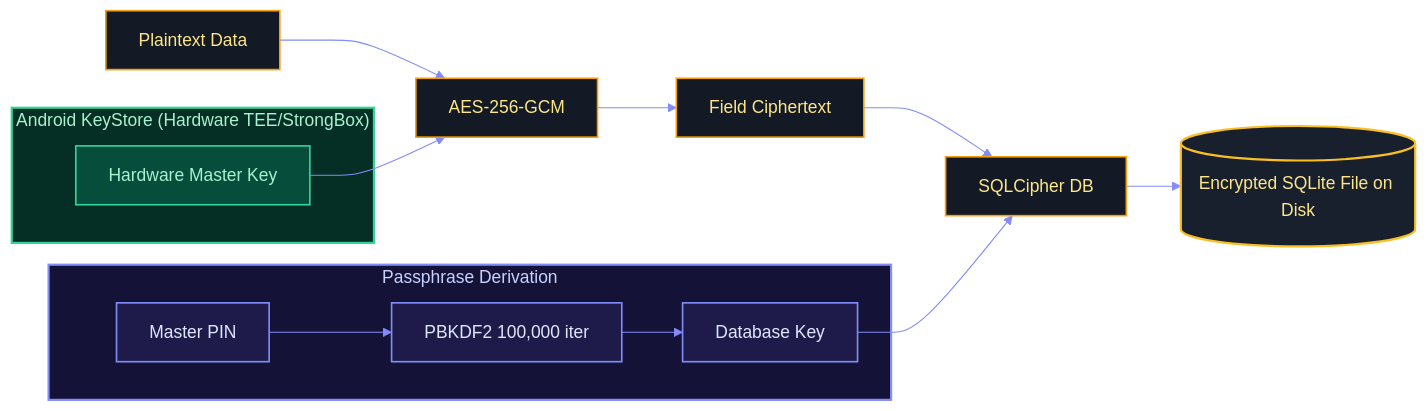
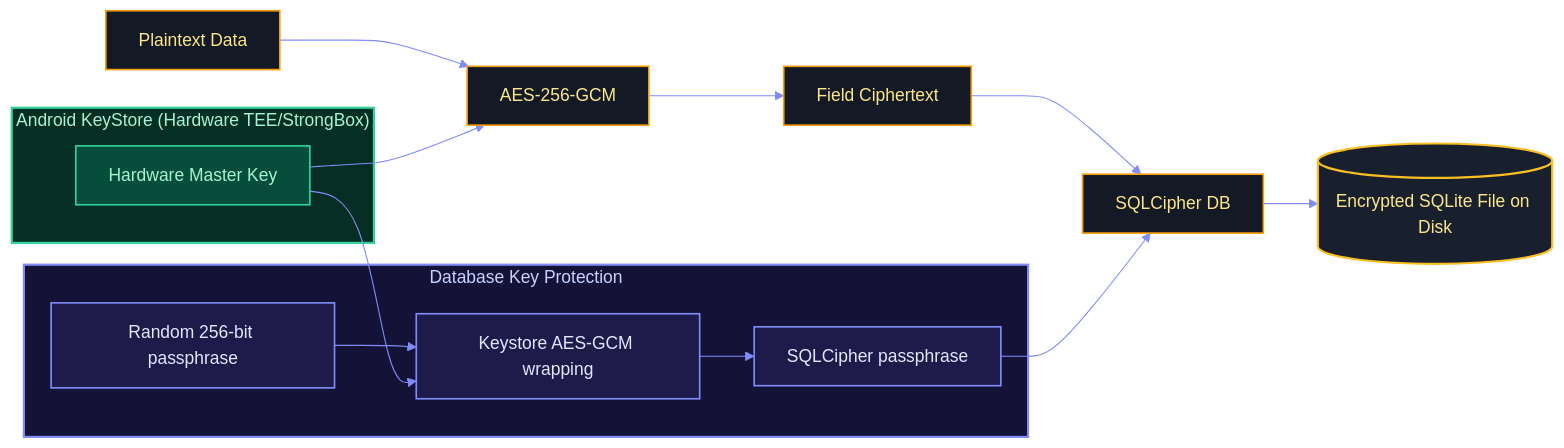
The first of 3 diagrams in docs/security.md (dwinsi/kunjika), drawn with Mermaid before and after one commit. The commit also changed other lines of this file and 39 other files, not shown here.

````diff
--- a/docs/security.md
+++ b/docs/security.md
@@ -17,44 +17,45 @@
 ```mermaid
 %%{init: {
   'theme': 'base',
   'themeVariables': {
     'darkMode': true,
     'background': '#07090E',
     'mainBkg': '#0F141C',
     'primaryColor': '#131A26',
     'primaryTextColor': '#F8FAFC',
     'primaryBorderColor': '#F59E0B',
     'lineColor': '#818CF8',
     'clusterBkg': '#0F141C',
     'clusterBorder': '#2B374A',
     'edgeLabelBackground': '#18202E'
   }
 }}%%
 graph LR
     P[Plaintext Data] --> E1[AES-256-GCM]
     subgraph KS ["Android KeyStore (Hardware TEE/StrongBox)"]
         K1[Hardware Master Key]
     end
     K1 --> E1
     E1 --> C[Field Ciphertext]
     C --> E2[SQLCipher DB]
-    subgraph RP ["Passphrase Derivation"]
-        PIN[Master PIN] --> PBKDF2[PBKDF2 100,000 iter]
-        PBKDF2 --> K2[Database Key]
+    subgraph RP ["Database Key Protection"]
+        RAND[Random 256-bit passphrase] --> WRAP[Keystore AES-GCM wrapping]
+        K1 --> WRAP
+        WRAP --> K2[SQLCipher passphrase]
     end
     K2 --> E2
     E2 --> D[(Encrypted SQLite File on Disk)]
 
     classDef gold fill:#131A26,stroke:#F59E0B,stroke-width:1.5px,color:#FDE68A;
     classDef indigo fill:#1E1B4B,stroke:#818CF8,stroke-width:1.5px,color:#E0E7FF;
     classDef emerald fill:#064E3B,stroke:#34D399,stroke-width:1.5px,color:#A7F3D0;
     classDef storage fill:#18202E,stroke:#FBBF24,stroke-width:2px,color:#FDE68A;
 
     class P,C,E1,E2 gold;
     class K1 emerald;
-    class PIN,PBKDF2,K2 indigo;
+    class RAND,K2,WRAP indigo;
     class D storage;
 
     style KS fill:#052e25,stroke:#34D399,stroke-width:2px,color:#A7F3D0
     style RP fill:#151238,stroke:#818CF8,stroke-width:2px,color:#C7D2FE
 ```
````
